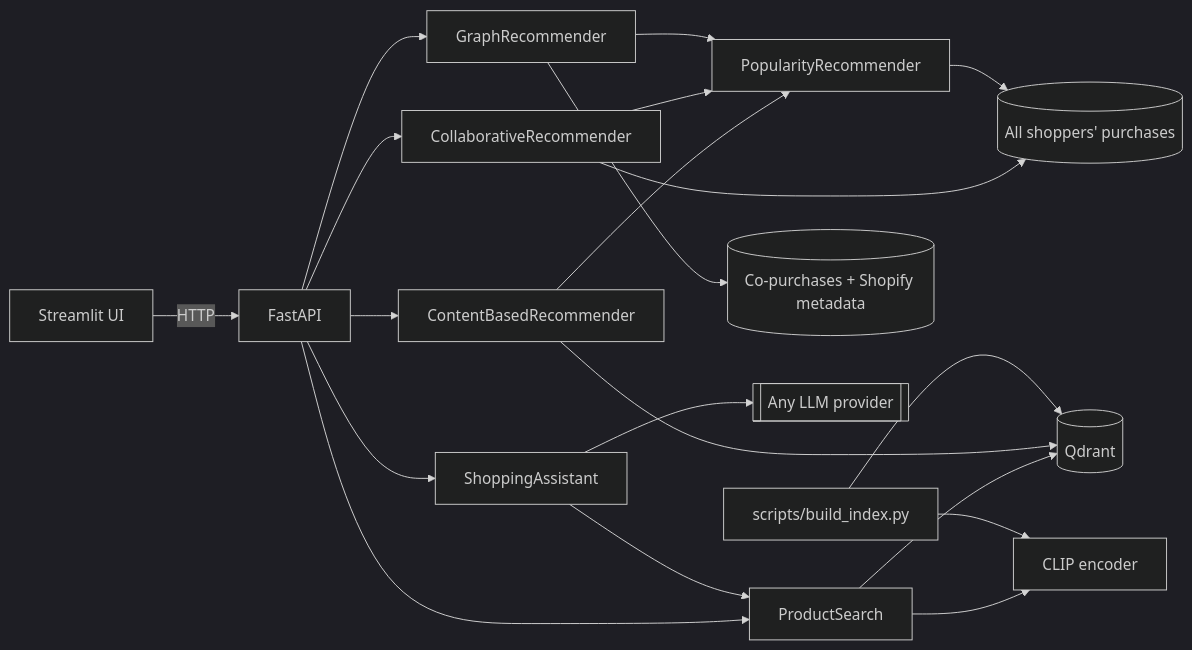
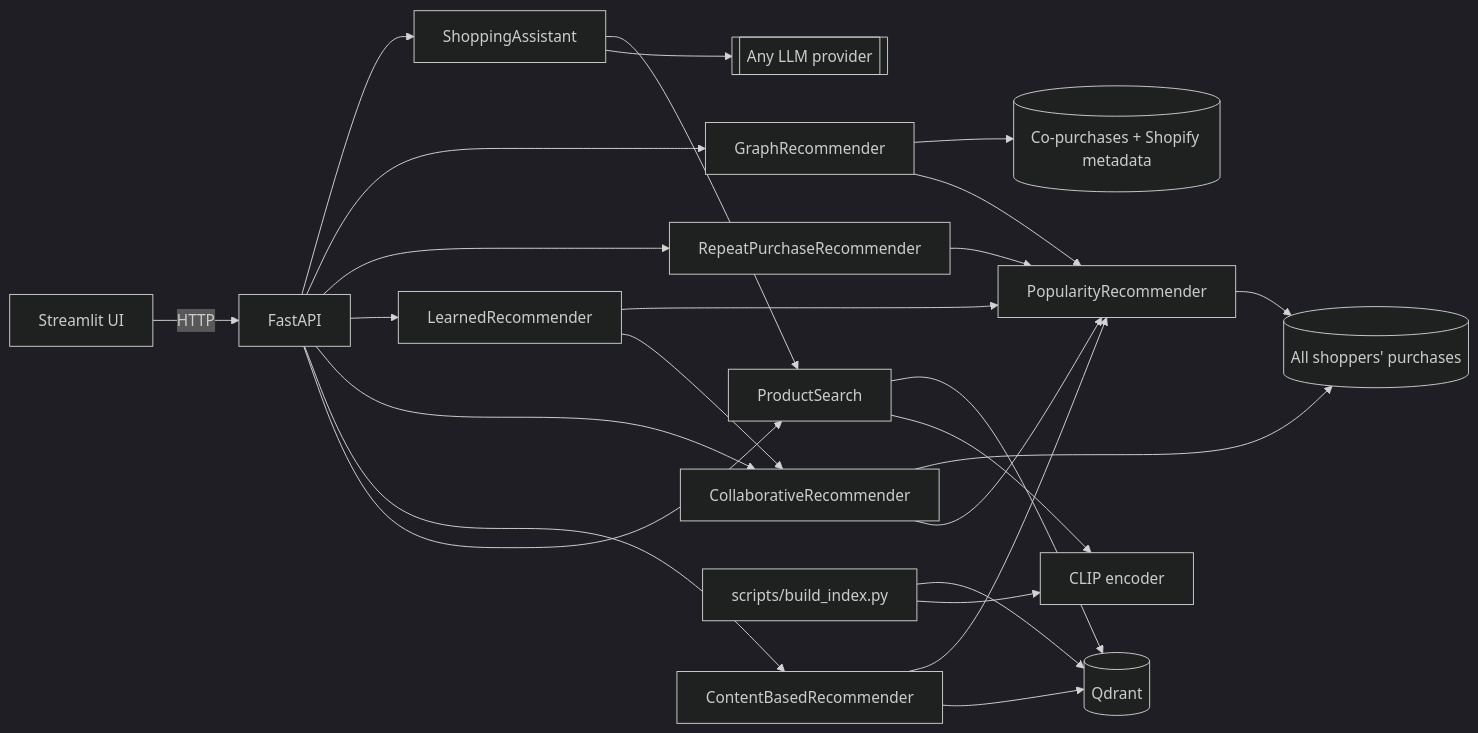
One commit to yo1am1/curio changed the diagram in docs/technical-guide.md. Above: the diagram before and after it, drawn with Mermaid (dark theme). The commit also changed other lines of this file and 2 other files, not shown here.

````diff
--- a/docs/technical-guide.md
+++ b/docs/technical-guide.md
@@ -107,19 +106,23 @@
 ```mermaid
 flowchart LR
     UI[Streamlit UI] -- HTTP --> API[FastAPI]
     API --> S[ProductSearch]
     API --> CB[ContentBasedRecommender]
     API --> CF[CollaborativeRecommender]
+    API --> R[LearnedRecommender]
+    API --> RP[RepeatPurchaseRecommender]
+    R --> CF & P
+    RP --> P
     API --> G[GraphRecommender]
     API --> A[ShoppingAssistant]
     S --> E[CLIP encoder]
     S --> Q[(Qdrant)]
     CB --> Q
     CB & CF --> P[PopularityRecommender]
     CF & P --> SP[(All shoppers' purchases)]
     G --> P
     G --> KG[(Co-purchases + Shopify metadata)]
     A --> LLM[[Any LLM provider]]
     A --> S
     B[scripts/build_index.py] --> E & Q
 ```
````
